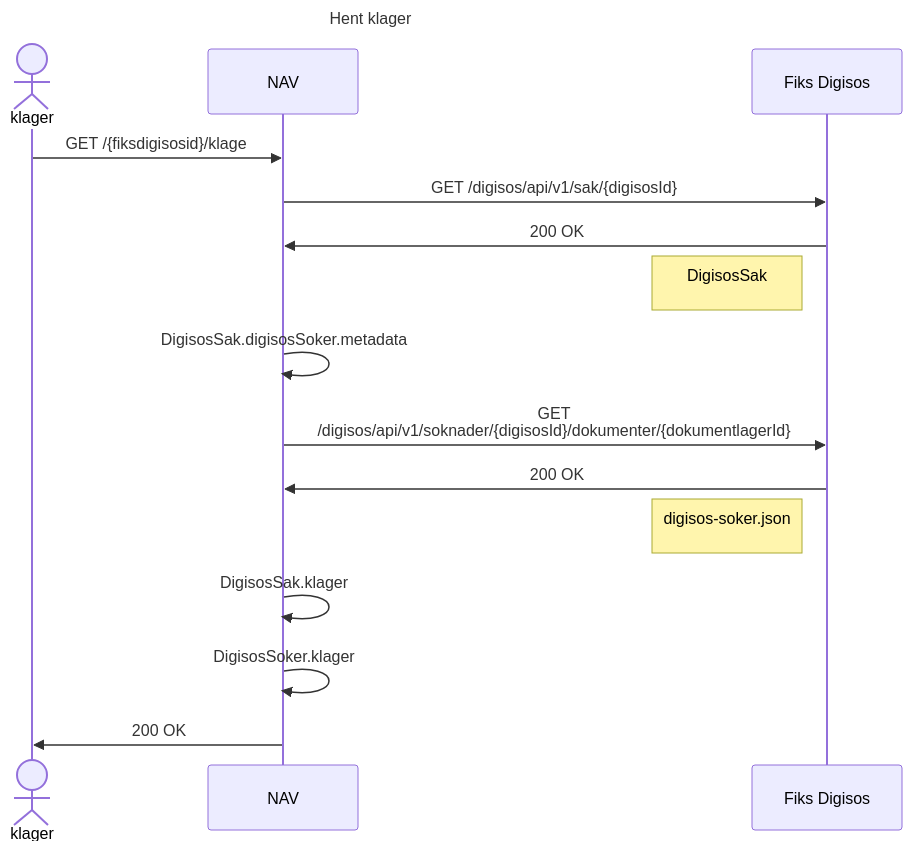
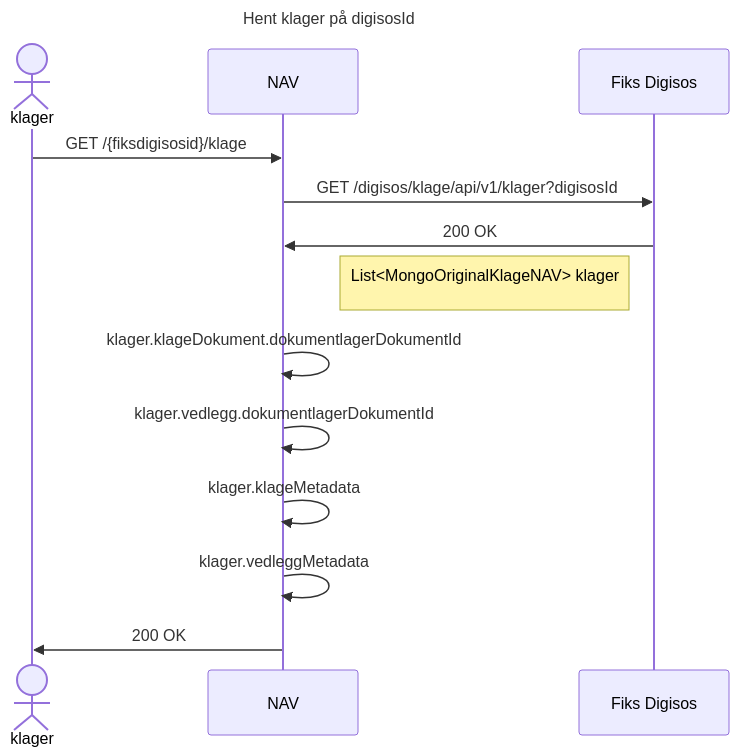
Before and after one commit to navikt/soknadsosialhjelp-filformat: the second of 8 diagrams in klage-filformat.md, drawn with Mermaid. The commit also changed other lines of this file, not shown here.

First line of the commit message:
Update klage-filformat.md

````diff
--- a/klage-filformat.md
+++ b/klage-filformat.md
@@ -26,19 +28,17 @@
 ```mermaid
 sequenceDiagram
-    title Hent klager
+    title Hent klager på digisosId
     actor klager
     participant NAV
     participant Fiks Digisos
 
     klager->>NAV: GET /{fiksdigisosid}/klage
-    NAV->>Fiks Digisos: GET /digisos/api/v1/sak/{digisosId}
+    NAV->>Fiks Digisos: GET /digisos/klage/api/v1/klager?digisosId
     Fiks Digisos->>NAV: 200 OK
-    Note left of Fiks Digisos: DigisosSak<br/>
-    NAV->>NAV: DigisosSak.digisosSoker.metadata
-    NAV->>Fiks Digisos: GET<br/>/digisos/api/v1/soknader/{digisosId}/dokumenter/{dokumentlagerId}
-    Fiks Digisos->>NAV: 200 OK
-    Note left of Fiks Digisos: digisos-soker.json<br/>
-    NAV->>NAV: DigisosSak.klager
-    NAV->>NAV: DigisosSoker.klager
+    Note left of Fiks Digisos: List<MongoOriginalKlageNAV> klager <br/>
+    NAV->>NAV: klager.klageDokument.dokumentlagerDokumentId
+    NAV->>NAV: klager.vedlegg.dokumentlagerDokumentId
+    NAV->>NAV: klager.klageMetadata
+    NAV->>NAV: klager.vedleggMetadata
     NAV->>klager: 200 OK
 ```
````
